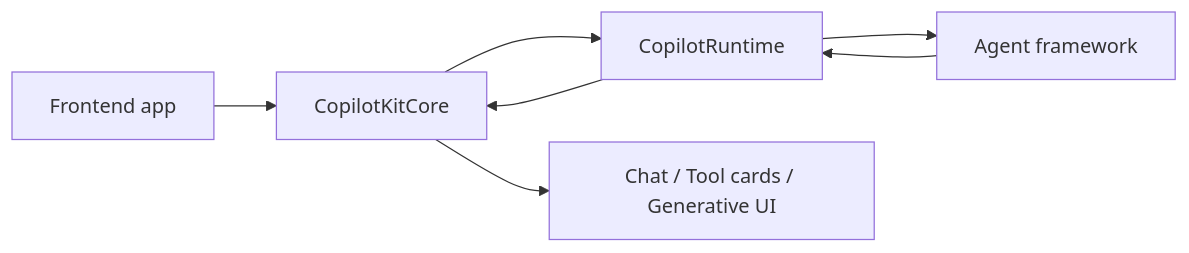
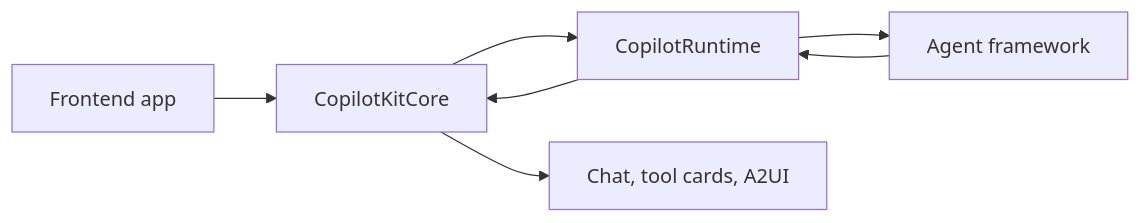
Before and after one commit to nfbs2000/speaky-CopilotKit: the diagram in site/docs/index.md, drawn with Mermaid. The commit also changed other lines of this file and 12 other files, not shown here.

````diff
--- a/site/docs/index.md
+++ b/site/docs/index.md
@@ -13,9 +13,9 @@
 ```mermaid
 flowchart LR
   App["Frontend app"] --> Core["CopilotKitCore"]
   Core --> Runtime["CopilotRuntime"]
   Runtime --> Agent["Agent framework"]
   Agent --> Runtime
   Runtime --> Core
-  Core --> UI["Chat / Tool cards / Generative UI"]
+  Core --> UI["Chat, tool cards, A2UI"]
 ```
````
